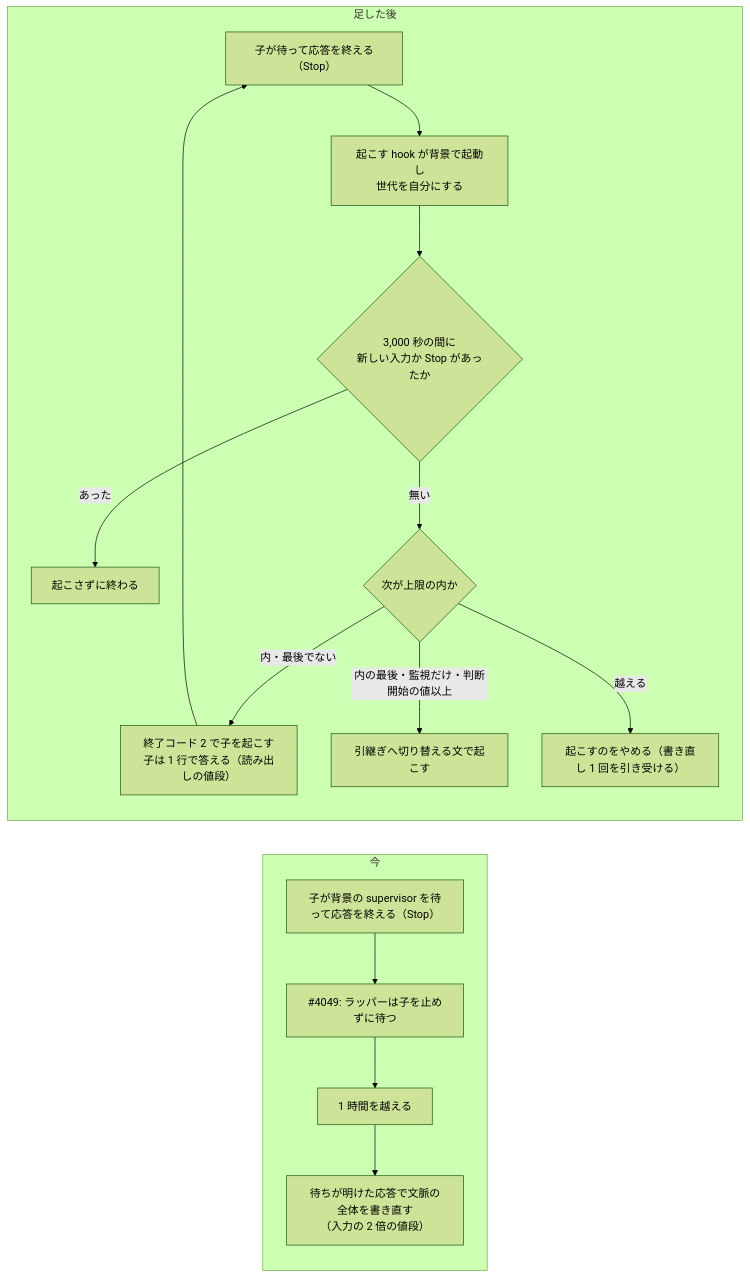
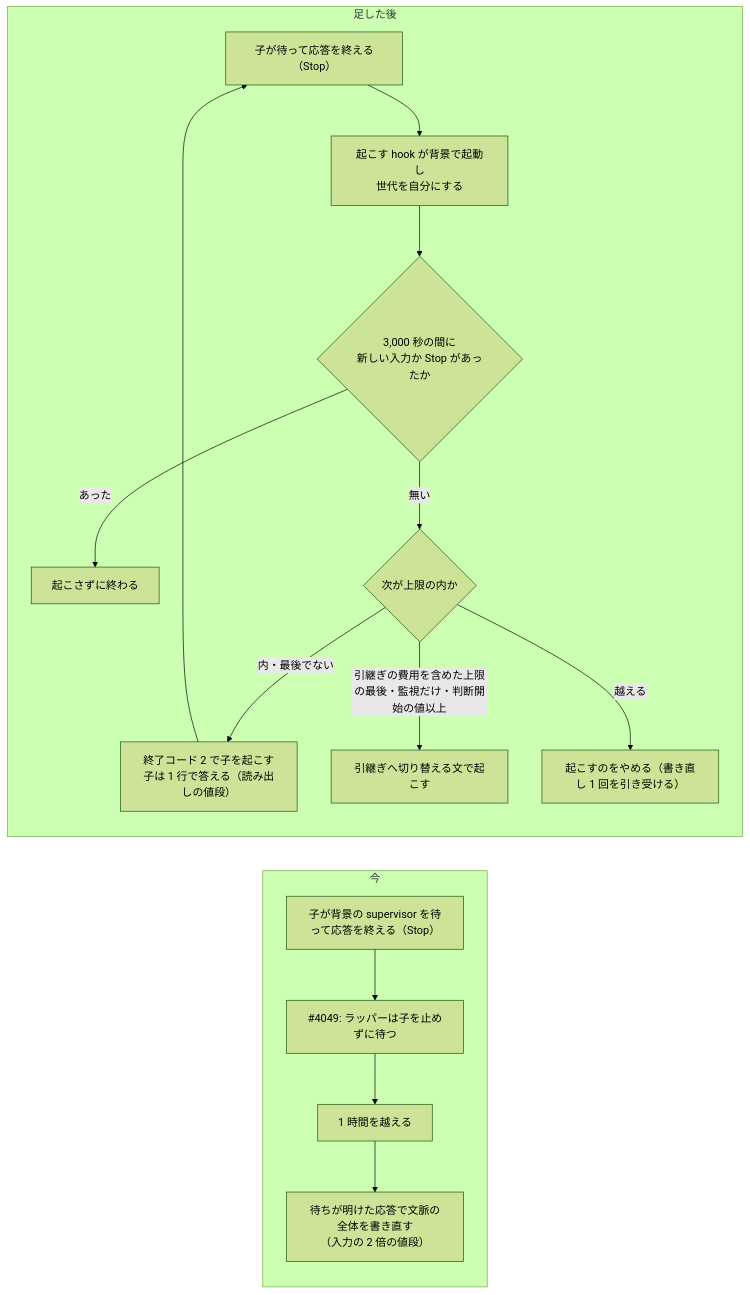
The first of 2 diagrams in issues/issue-4068-4199-design.md (devbasex/ai-plugins), drawn with Mermaid (forest theme) before and after one commit. The commit also changed other lines of this file and 3 other files, not shown here.

````diff
--- a/issues/issue-4068-4199-design.md
+++ b/issues/issue-4068-4199-design.md
@@ -24,18 +24,18 @@
 ```mermaid
 flowchart LR
   subgraph 今
     A1["子が背景の supervisor を待って応答を終える（Stop）"] --> A2["#4049: ラッパーは子を止めずに待つ"]
     A2 --> A3["1 時間を越える"]
     A3 --> A4["待ちが明けた応答で文脈の全体を書き直す<br>（入力の 2 倍の値段）"]
   end
   subgraph 足した後
     B1["子が待って応答を終える（Stop）"] --> B2["起こす hook が背景で起動し<br>世代を自分にする"]
     B2 --> B3{"3,000 秒の間に<br>新しい入力か Stop があったか"}
     B3 -- あった --> B9["起こさずに終わる"]
     B3 -- 無い --> B4{"次が上限の内か"}
     B4 -- 内・最後でない --> B5["終了コード 2 で子を起こす<br>子は 1 行で答える（読み出しの値段）"]
     B5 --> B1
-    B4 -- 内の最後・監視だけ・判断開始の値以上 --> B6["引継ぎへ切り替える文で起こす"]
+    B4 -- 引継ぎの費用を含めた上限の最後・監視だけ・判断開始の値以上 --> B6["引継ぎへ切り替える文で起こす"]
     B4 -- 越える --> B7["起こすのをやめる（書き直し 1 回を引き受ける）"]
   end
 ```
````
